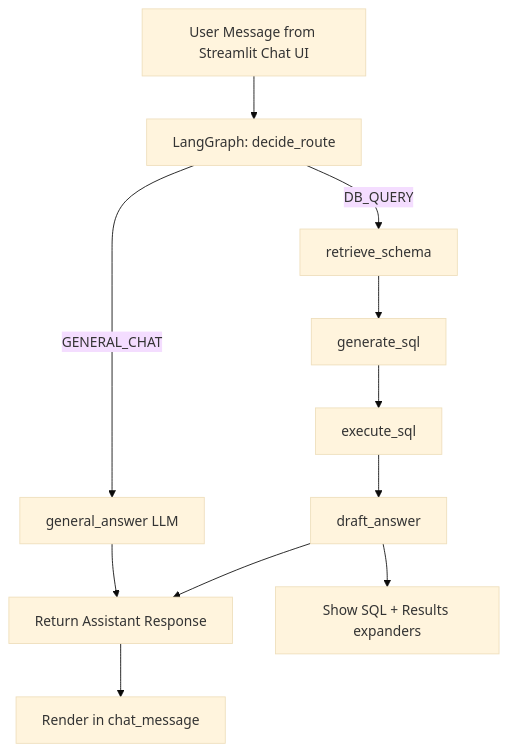
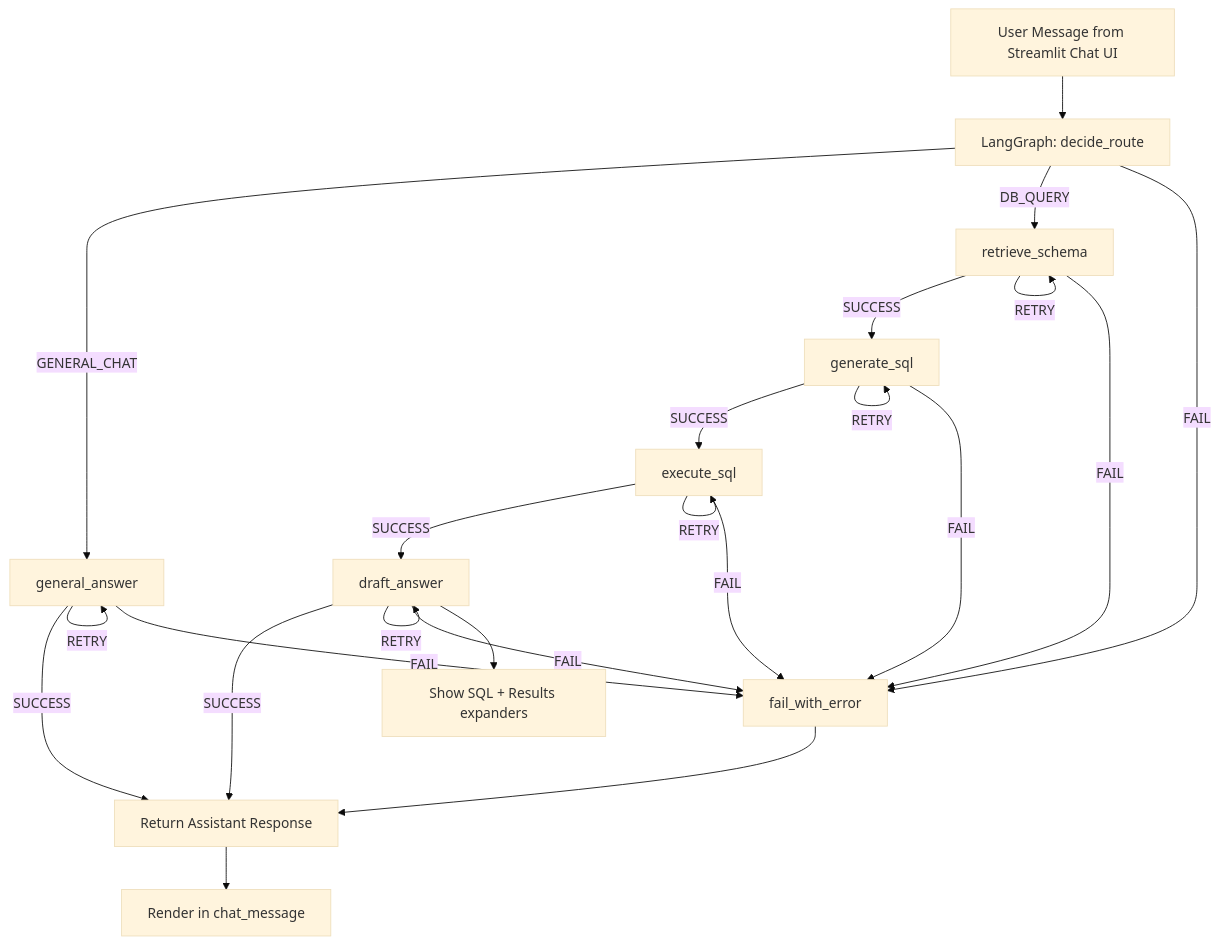
Before and after one commit to sharad272/dell_demo: the first of 2 diagrams in README.md, drawn with Mermaid (base theme). The commit also changed other lines of this file and 1 other file, not shown here.

````diff
--- a/README.md
+++ b/README.md
@@ -15,13 +15,25 @@
 ```mermaid
 flowchart TD
     A[User Message from Streamlit Chat UI] --> B[LangGraph: decide_route]
-    B -->|GENERAL_CHAT| C[general_answer LLM]
+    B -->|GENERAL_CHAT| C[general_answer]
     B -->|DB_QUERY| D[retrieve_schema]
-    D --> E[generate_sql]
-    E --> F[execute_sql]
-    F --> G[draft_answer]
-    C --> H[Return Assistant Response]
-    G --> H
+    B -->|FAIL| X[fail_with_error]
+    C -->|SUCCESS| H[Return Assistant Response]
+    C -->|RETRY| C
+    C -->|FAIL| X
+    D -->|SUCCESS| E[generate_sql]
+    D -->|RETRY| D
+    D -->|FAIL| X
+    E -->|SUCCESS| F[execute_sql]
+    E -->|RETRY| E
+    E -->|FAIL| X
+    F -->|SUCCESS| G[draft_answer]
+    F -->|RETRY| F
+    F -->|FAIL| X
+    G -->|SUCCESS| H
+    G -->|RETRY| G
+    G -->|FAIL| X
+    X --> H
     H --> I[Render in chat_message]
     G --> J[Show SQL + Results expanders]
 ```
````
